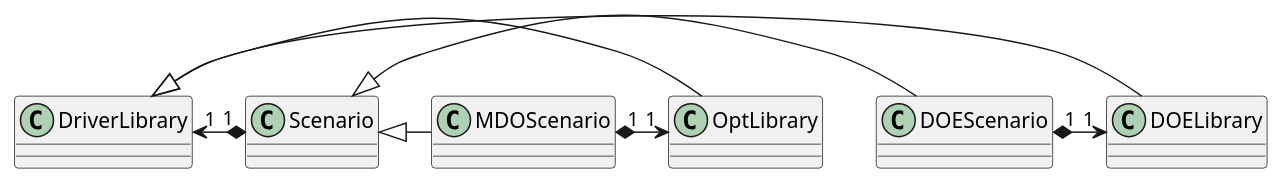
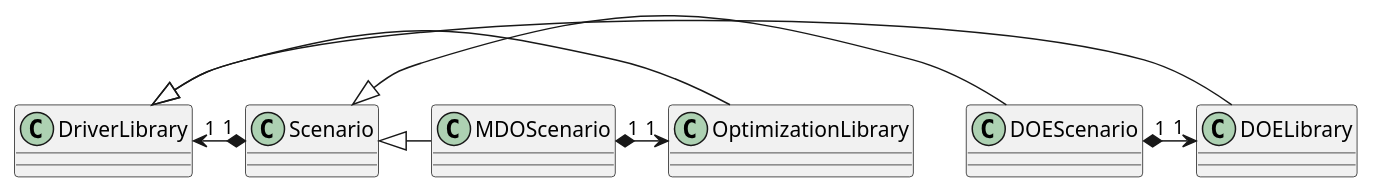
The fourth of 5 diagrams in doc_src/software/system_architecture.rst (gemseo/gemseo), drawn with PlantUML before and after one commit. The commit also changed 46 other files, not shown here.

```diff
--- a/doc_src/software/system_architecture.rst
+++ b/doc_src/software/system_architecture.rst
@@ -315,24 +315,24 @@
 .. uml::
 
    @startuml
    class Scenario {
    }
    class DriverLibrary {
    }
    class DOELibrary {
    }
-   class OptLibrary {
+   class OptimizationLibrary {
    }
    class MDOScenario {
    }
    class DOEScenario {
    }
 
    DOELibrary -up|> DriverLibrary
-   OptLibrary -up|> DriverLibrary
+   OptimizationLibrary -up|> DriverLibrary
    Scenario "1" *-up> "1" DriverLibrary
    DOEScenario "1" *-> "1" DOELibrary
-   MDOScenario "1" *-> "1" OptLibrary
+   MDOScenario "1" *-> "1" OptimizationLibrary
    MDOScenario -up|> Scenario
    DOEScenario -up|> Scenario
    @end uml
```
